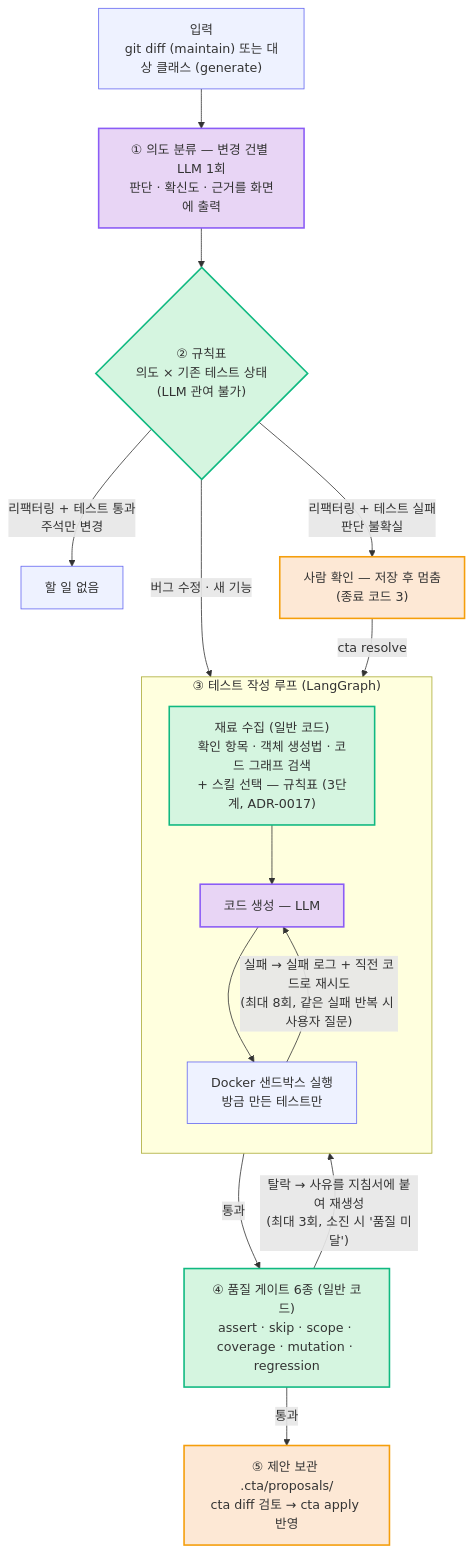
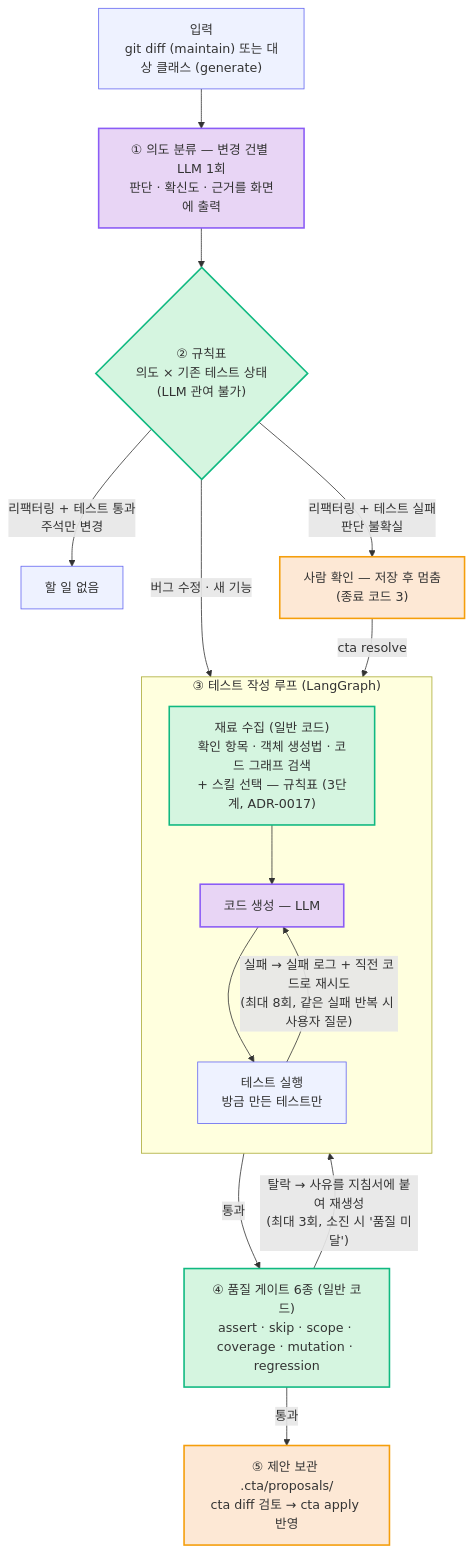
The diagram in docs/제출자료/diagrams/workflow-summary.mmd (parksanghyeop/skax-master-project), drawn with Mermaid before and after one commit. The commit also changed 21 other files, not shown here.

First line of the commit message:
산출물·E2E 기록 — 로컬 실행 기본 반영, 최종보고에 스킬 절 추가, 다이어그램 7종 재렌더

```diff
--- a/docs/제출자료/diagrams/workflow-summary.mmd
+++ b/docs/제출자료/diagrams/workflow-summary.mmd
@@ -1,27 +1,27 @@
 flowchart TD
     IN["입력<br/>git diff (maintain) 또는 대상 클래스 (generate)"] --> CLS["① 의도 분류 — 변경 건별 LLM 1회<br/>판단 · 확신도 · 근거를 화면에 출력"]
     CLS --> DEC{"② 규칙표<br/>의도 × 기존 테스트 상태<br/>(LLM 관여 불가)"}
     DEC -->|"리팩터링 + 테스트 통과<br/>주석만 변경"| NA["할 일 없음"]
     DEC -->|"리팩터링 + 테스트 실패<br/>판단 불확실"| HU["사람 확인 — 저장 후 멈춤<br/>(종료 코드 3)"]
     DEC -->|"버그 수정 · 새 기능"| MAT
     HU -->|"cta resolve"| MAT
 
     subgraph LOOP["③ 테스트 작성 루프 (LangGraph)"]
         direction TB
         MAT["재료 수집 (일반 코드)<br/>확인 항목 · 객체 생성법 · 코드 그래프 검색<br/>+ 스킬 선택 — 규칙표 (3단계, ADR-0017)"] --> GEN["코드 생성 — LLM"]
-        GEN --> RUN["Docker 샌드박스 실행<br/>방금 만든 테스트만"]
+        GEN --> RUN["테스트 실행<br/>방금 만든 테스트만"]
         RUN -->|"실패 → 실패 로그 + 직전 코드로 재시도<br/>(최대 8회, 같은 실패 반복 시 사용자 질문)"| GEN
     end
 
     RUN -->|"통과"| GATE["④ 품질 게이트 6종 (일반 코드)<br/>assert · skip · scope · coverage · mutation · regression"]
     GATE -->|"탈락 → 사유를 지침서에 붙여 재생성<br/>(최대 3회, 소진 시 '품질 미달')"| GEN
     GATE -->|"통과"| OUT["⑤ 제안 보관 .cta/proposals/<br/>cta diff 검토 → cta apply 반영"]
 
     classDef llm fill:#e8d5f5,stroke:#8b5cf6,stroke-width:2px
     classDef human fill:#fde8d5,stroke:#f59e0b,stroke-width:2px
     classDef safe fill:#d5f5e0,stroke:#10b981,stroke-width:2px
     classDef plain fill:#eef2ff,stroke:#6366f1
     class CLS,GEN llm
     class HU,OUT human
     class DEC,GATE,MAT safe
     class IN,NA,RUN plain
```
